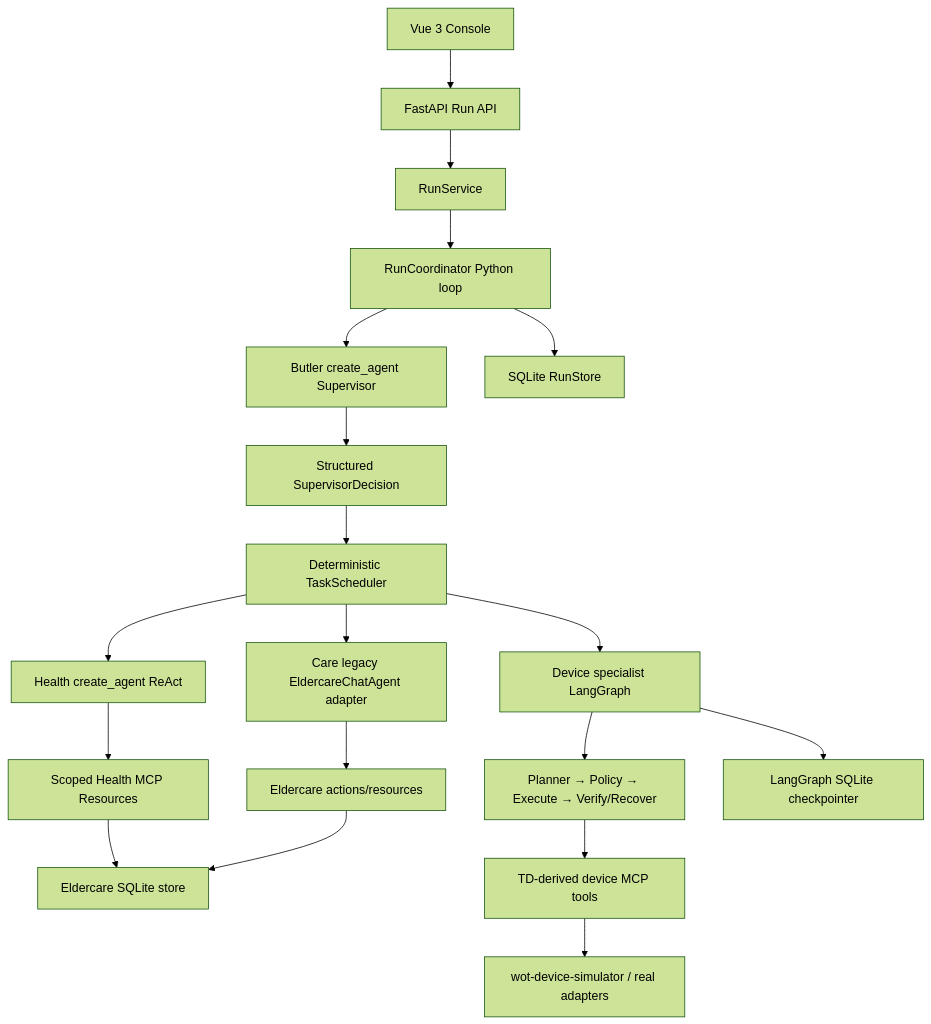
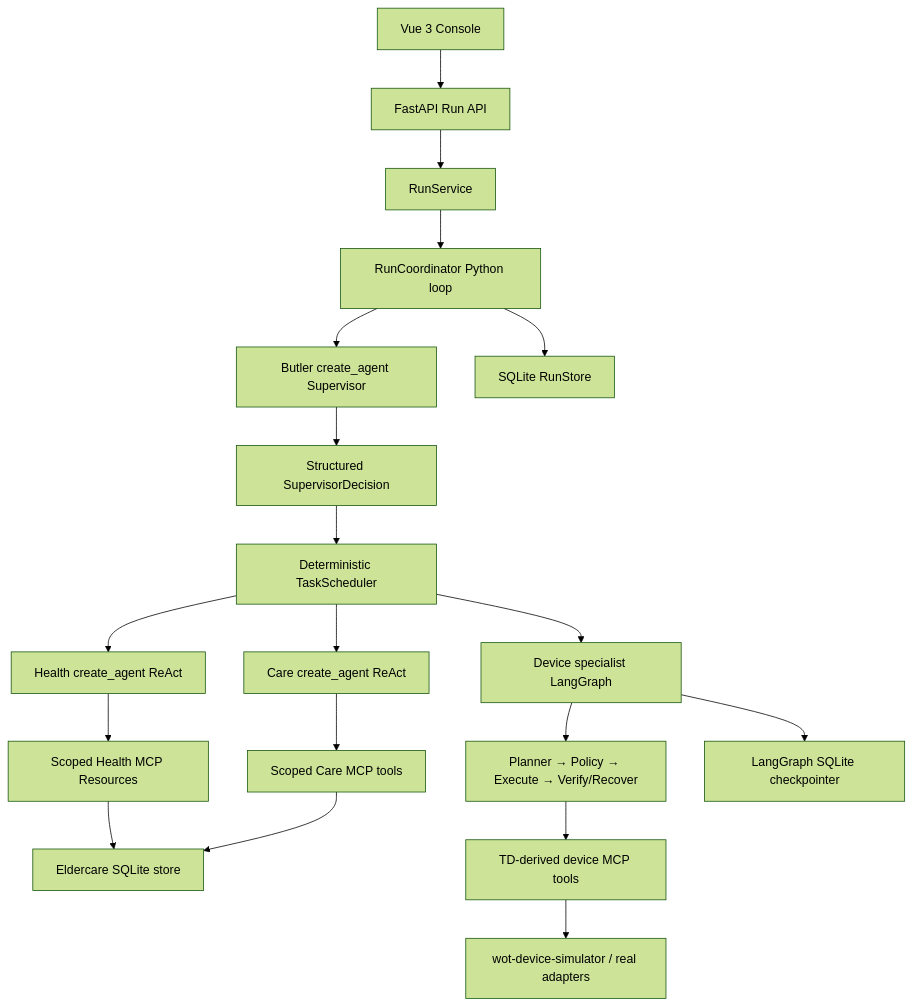
One commit to GoldenGYQ/WoTAgent changed the diagram in handoff.md. Above: the diagram before and after it, drawn with Mermaid (forest theme). The commit also changed other lines of this file and 5 other files, not shown here.

````diff
--- a/handoff.md
+++ b/handoff.md
@@ -338,21 +346,21 @@
 ```mermaid
 flowchart TD
     UI["Vue 3 Console"] --> API["FastAPI Run API"]
     API --> RS["RunService"]
     RS --> RC["RunCoordinator Python loop"]
     RC --> BS["Butler create_agent Supervisor"]
     BS --> SD["Structured SupervisorDecision"]
     SD --> TS["Deterministic TaskScheduler"]
     TS --> HE["Health create_agent ReAct"]
-    TS --> CE["Care legacy EldercareChatAgent adapter"]
+    TS --> CE["Care create_agent ReAct"]
     TS --> DG["Device specialist LangGraph"]
     HE --> HMCP["Scoped Health MCP Resources"]
-    CE --> EMCP["Eldercare actions/resources"]
+    CE --> EMCP["Scoped Care MCP tools"]
     DG --> PM["Planner → Policy → Execute → Verify/Recover"]
     PM --> DMCP["TD-derived device MCP tools"]
     HMCP --> EDB["Eldercare SQLite store"]
     EMCP --> EDB
     DMCP --> SIM["wot-device-simulator / real adapters"]
     RC --> RDB["SQLite RunStore"]
     DG --> CDB["LangGraph SQLite checkpointer"]
 ```
````
